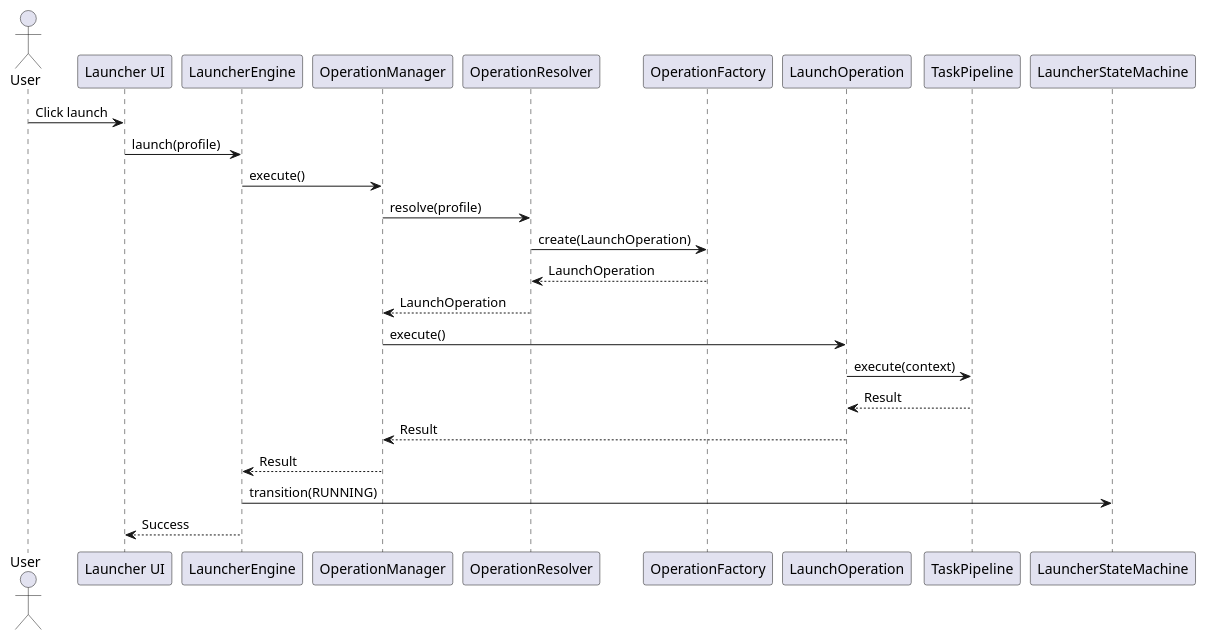
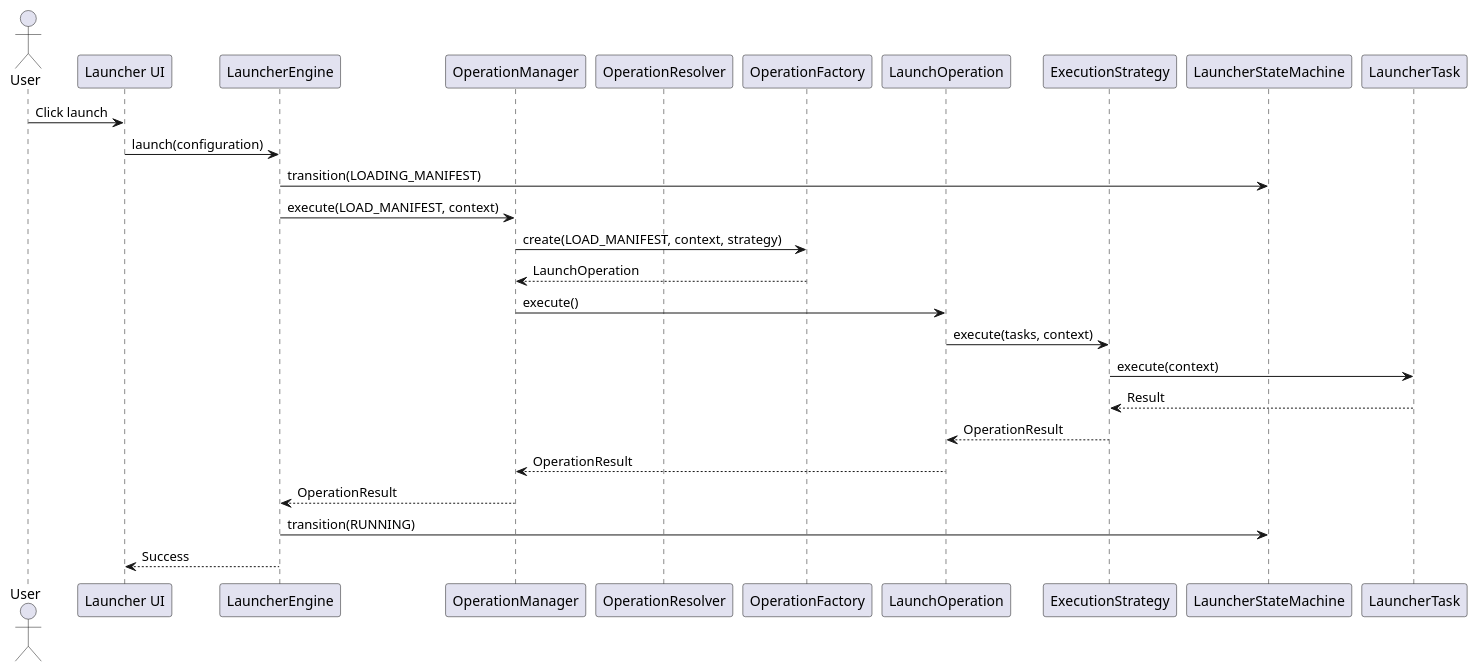
Before and after one commit to Hedgerock/Minecraft-launcher: the diagram in docs/diagrams/launcher/launch-sequence.puml, drawn with PlantUML. The commit also changed 49 other files, not shown here.

```diff
--- a/docs/diagrams/launcher/launch-sequence.puml
+++ b/docs/diagrams/launcher/launch-sequence.puml
@@ -1,29 +1,30 @@
 @startuml
 
 actor User
 
 participant "Launcher UI" as UI
 participant LauncherEngine
 participant OperationManager
 participant OperationResolver
 participant OperationFactory
 participant LaunchOperation
-participant TaskPipeline
+participant ExecutionStrategy
 participant LauncherStateMachine
 
 User -> UI: Click launch
-UI -> LauncherEngine : launch(profile)
-LauncherEngine -> OperationManager : execute()
-OperationManager -> OperationResolver : resolve(profile)
-OperationResolver -> OperationFactory : create(LaunchOperation)
-OperationFactory --> OperationResolver : LaunchOperation
-OperationResolver --> OperationManager : LaunchOperation
+UI -> LauncherEngine : launch(configuration)
+LauncherEngine -> LauncherStateMachine : transition(LOADING_MANIFEST)
+LauncherEngine -> OperationManager : execute(LOAD_MANIFEST, context)
+OperationManager -> OperationFactory : create(LOAD_MANIFEST, context, strategy)
+OperationFactory --> OperationManager : LaunchOperation
 OperationManager -> LaunchOperation : execute()
-LaunchOperation -> TaskPipeline : execute(context)
-TaskPipeline --> LaunchOperation : Result
-LaunchOperation --> OperationManager : Result
-OperationManager --> LauncherEngine : Result
+LaunchOperation -> ExecutionStrategy : execute(tasks, context)
+ExecutionStrategy -> LauncherTask : execute(context)
+LauncherTask --> ExecutionStrategy : Result
+ExecutionStrategy --> LaunchOperation : OperationResult
+LaunchOperation --> OperationManager : OperationResult
+OperationManager --> LauncherEngine : OperationResult
 LauncherEngine -> LauncherStateMachine : transition(RUNNING)
 LauncherEngine --> UI : Success
 
 @enduml
```
